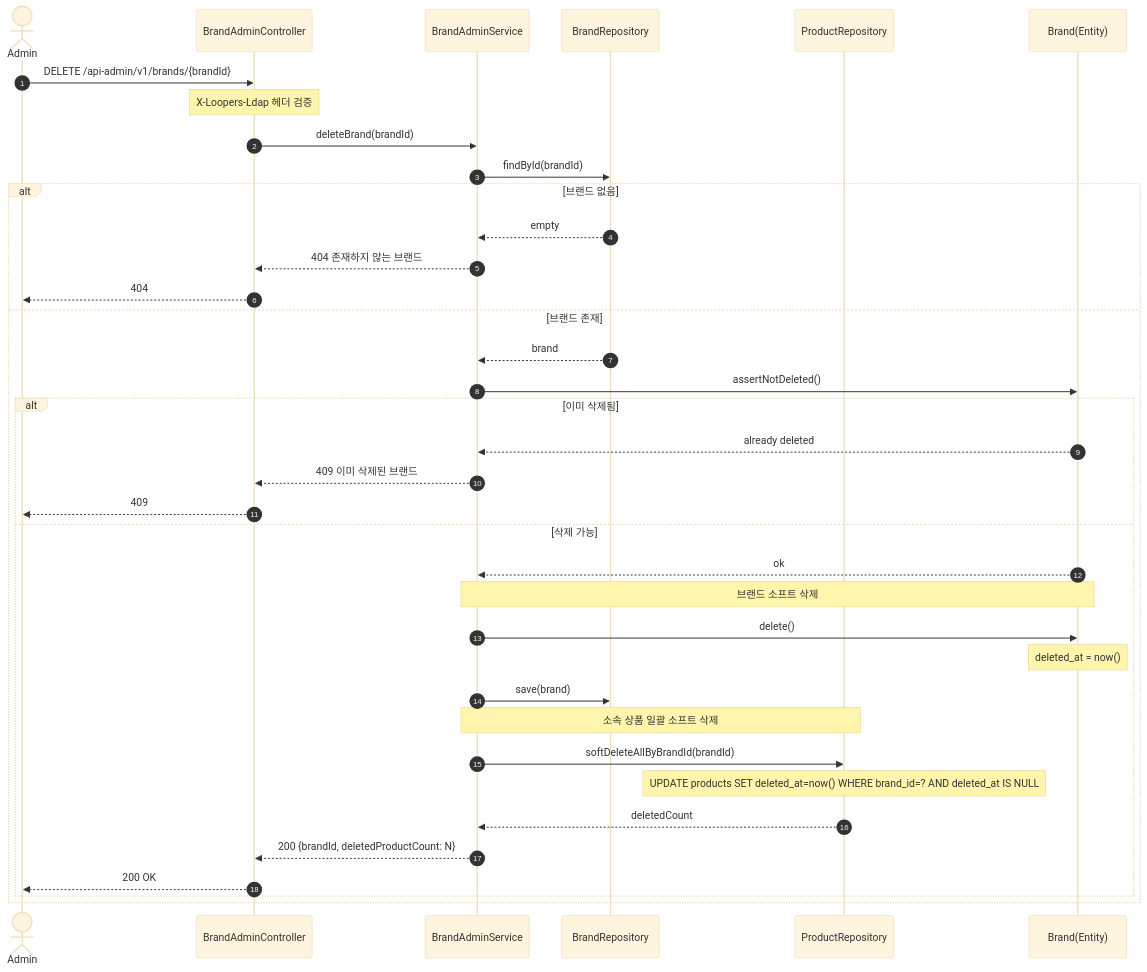
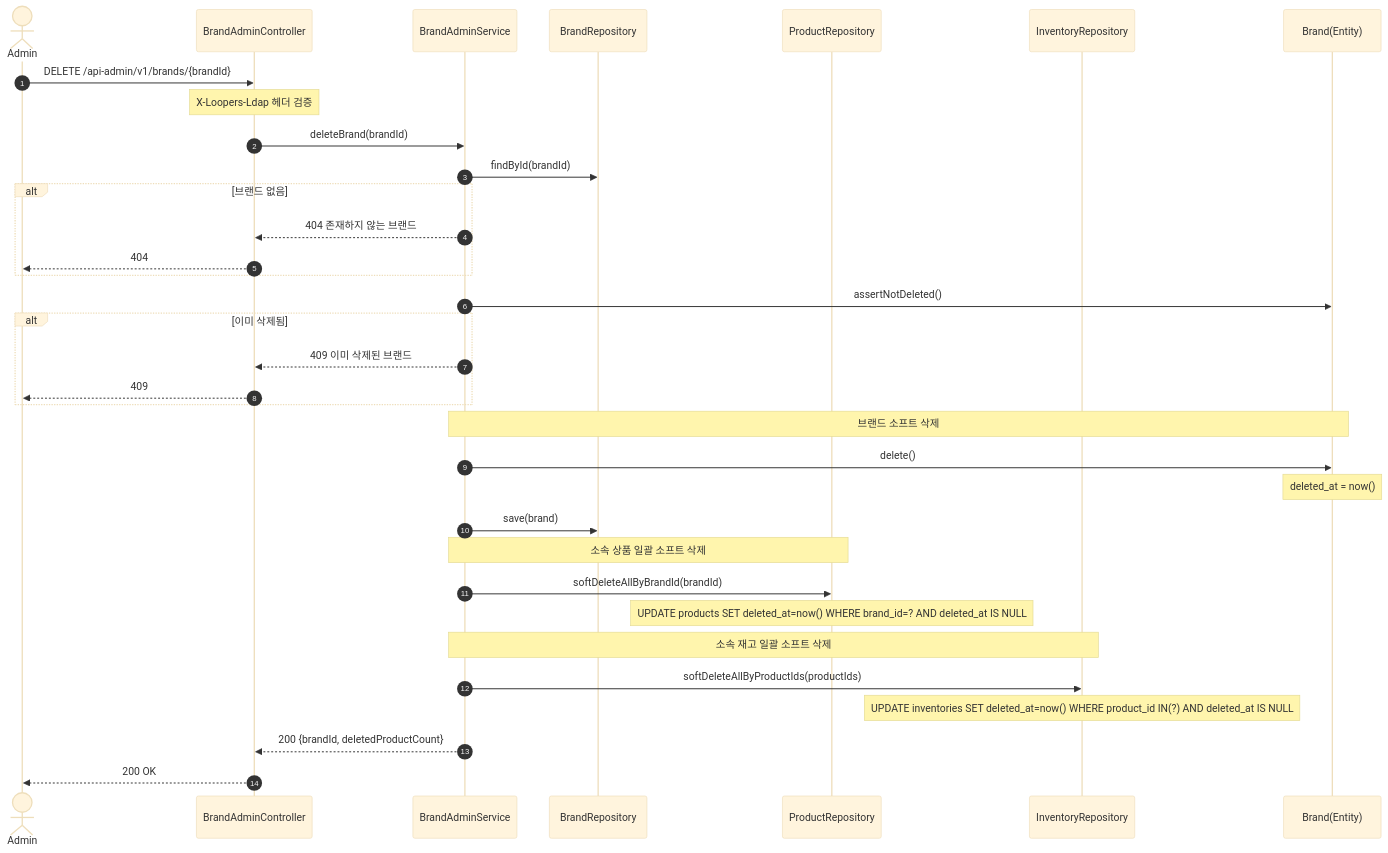
One commit to Loopers-dev-lab/loop-pack-be-l2-vol3-java changed the sixth of 9 diagrams in .docs/design/02-sequence-diagrams.md. Above: the diagram before and after it, drawn with Mermaid (base theme). The commit also changed other lines of this file and 13 other files, not shown here.

Commit message:
docs: 핵심 도메인 설계 문서 작성 (요구사항, 시퀀스, 클래스, ERD)

````diff
--- a/.docs/design/02-sequence-diagrams.md
+++ b/.docs/design/02-sequence-diagrams.md
@@ -232,44 +322,43 @@
 ```mermaid
 sequenceDiagram
   autonumber
   actor Admin
   participant Controller as BrandAdminController
   participant Service as BrandAdminService
   participant BrandRepo as BrandRepository
   participant ProductRepo as ProductRepository
+  participant InvRepo as InventoryRepository
   participant Brand as Brand(Entity)
 
   Admin->>Controller: DELETE /api-admin/v1/brands/{brandId}
   Note over Controller: X-Loopers-Ldap 헤더 검증
   Controller->>Service: deleteBrand(brandId)
 
   Service->>BrandRepo: findById(brandId)
   alt 브랜드 없음
-    BrandRepo-->>Service: empty
     Service-->>Controller: 404 존재하지 않는 브랜드
     Controller-->>Admin: 404
-  else 브랜드 존재
-    BrandRepo-->>Service: brand
-    Service->>Brand: assertNotDeleted()
-    alt 이미 삭제됨
-      Brand-->>Service: already deleted
-      Service-->>Controller: 409 이미 삭제된 브랜드
-      Controller-->>Admin: 409
-    else 삭제 가능
-      Brand-->>Service: ok
+  end
 
-      Note over Service,Brand: 브랜드 소프트 삭제
-      Service->>Brand: delete()
-      Note over Brand: deleted_at = now()
-      Service->>BrandRepo: save(brand)
+  Service->>Brand: assertNotDeleted()
+  alt 이미 삭제됨
+    Service-->>Controller: 409 이미 삭제된 브랜드
+    Controller-->>Admin: 409
+  end
 
-      Note over Service,ProductRepo: 소속 상품 일괄 소프트 삭제
-      Service->>ProductRepo: softDeleteAllByBrandId(brandId)
-      Note over ProductRepo: UPDATE products SET deleted_at=now() WHERE brand_id=? AND deleted_at IS NULL
-      ProductRepo-->>Service: deletedCount
+  Note over Service,Brand: 브랜드 소프트 삭제
+  Service->>Brand: delete()
+  Note over Brand: deleted_at = now()
+  Service->>BrandRepo: save(brand)
 
-      Service-->>Controller: 200 {brandId, deletedProductCount: N}
-      Controller-->>Admin: 200 OK
-    end
-  end
+  Note over Service,ProductRepo: 소속 상품 일괄 소프트 삭제
+  Service->>ProductRepo: softDeleteAllByBrandId(brandId)
+  Note over ProductRepo: UPDATE products SET deleted_at=now() WHERE brand_id=? AND deleted_at IS NULL
+
+  Note over Service,InvRepo: 소속 재고 일괄 소프트 삭제
+  Service->>InvRepo: softDeleteAllByProductIds(productIds)
+  Note over InvRepo: UPDATE inventories SET deleted_at=now() WHERE product_id IN(?) AND deleted_at IS NULL
+
+  Service-->>Controller: 200 {brandId, deletedProductCount}
+  Controller-->>Admin: 200 OK
 ```
````
